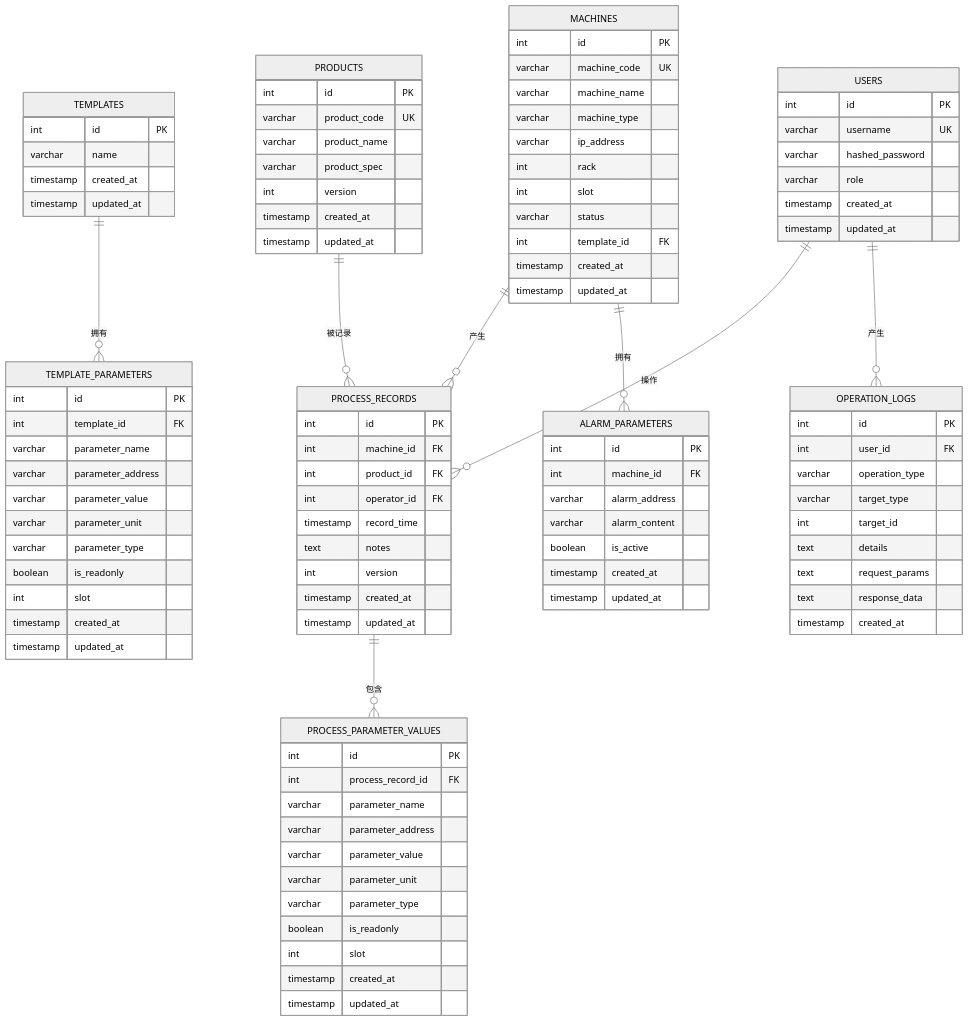
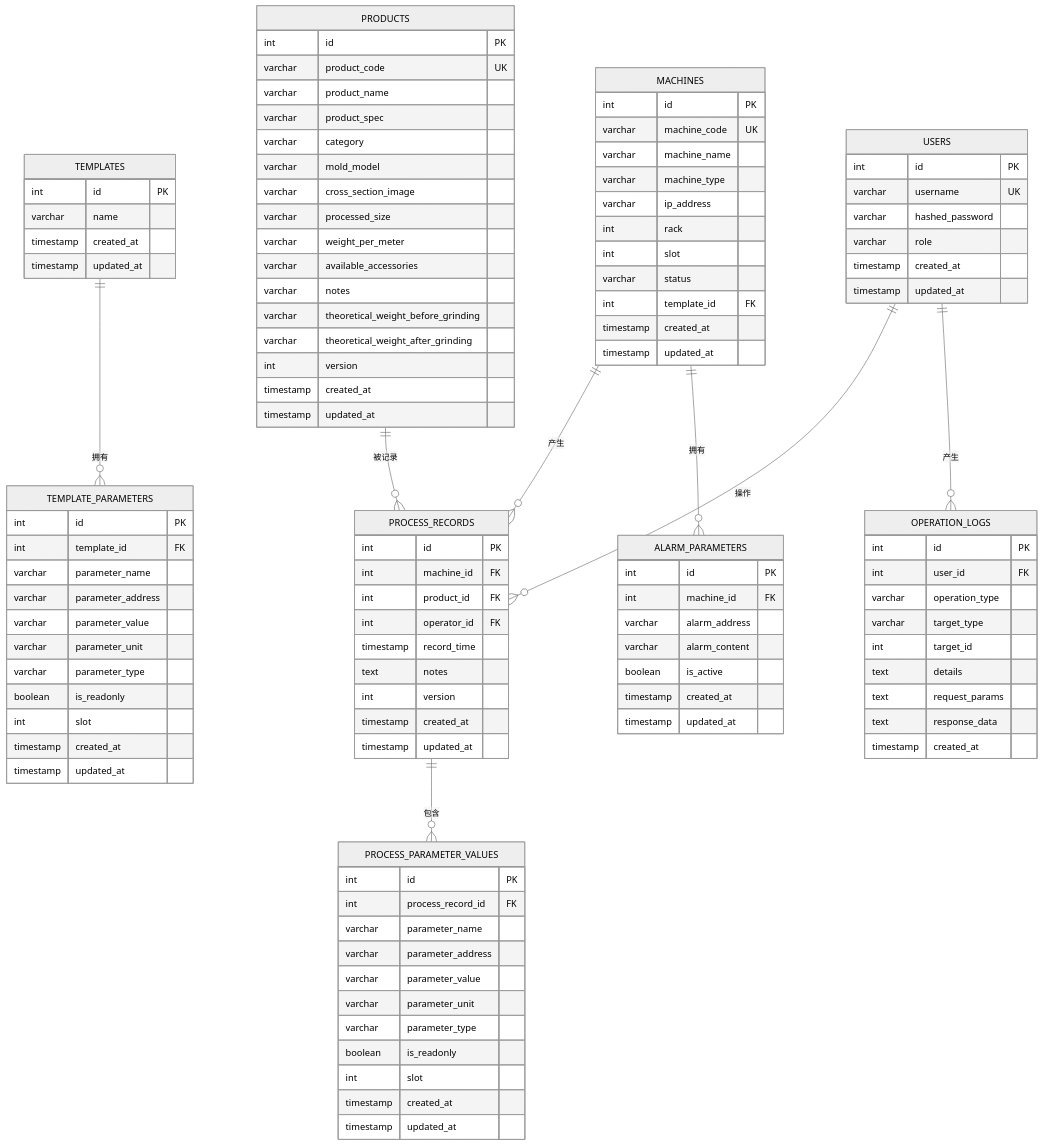
One commit to pcb0y/plctodb changed the second of 4 diagrams in .qoder/repowiki/zh/content/后端开发/数据模型设计/数据库模型.md. Above: the diagram before and after it, drawn with Mermaid (neutral theme). The commit also changed other lines of this file and 9 other files, not shown here.

```diff
--- a/.qoder/repowiki/zh/content/后端开发/数据模型设计/数据库模型.md
+++ b/.qoder/repowiki/zh/content/后端开发/数据模型设计/数据库模型.md
@@ -152,6 +159,15 @@
 varchar product_code UK
 varchar product_name
 varchar product_spec
+varchar category
+varchar mold_model
+varchar cross_section_image
+varchar processed_size
+varchar weight_per_meter
+varchar available_accessories
+varchar notes
+varchar theoretical_weight_before_grinding
+varchar theoretical_weight_after_grinding
 int version
 timestamp created_at
 timestamp updated_at
```
